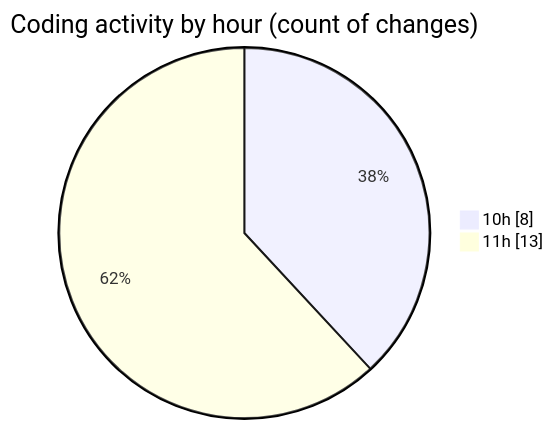
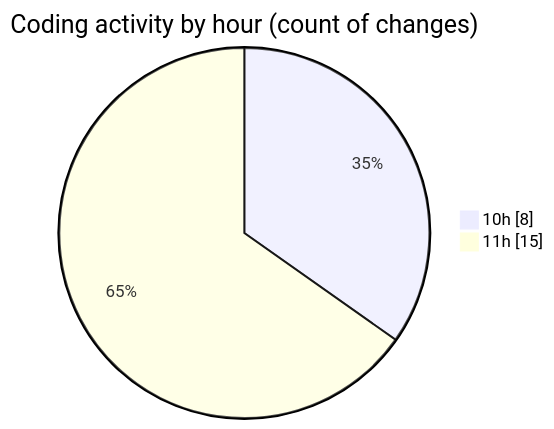
The second of 2 diagrams in 2026-02-02/nxtqube_webapp/README.md (nxtqubesakshisongat/code-tracking), drawn with Mermaid before and after one commit. The commit also changed other lines of this file and 1 other file, not shown here.

````diff
--- a/2026-02-02/nxtqube_webapp/README.md
+++ b/2026-02-02/nxtqube_webapp/README.md
@@ -29,6 +30,6 @@
 ```mermaid
 pie showData
 title Coding activity by hour (count of changes)
 "10h" : 8
-"11h" : 13
+"11h" : 15
 ```
````
